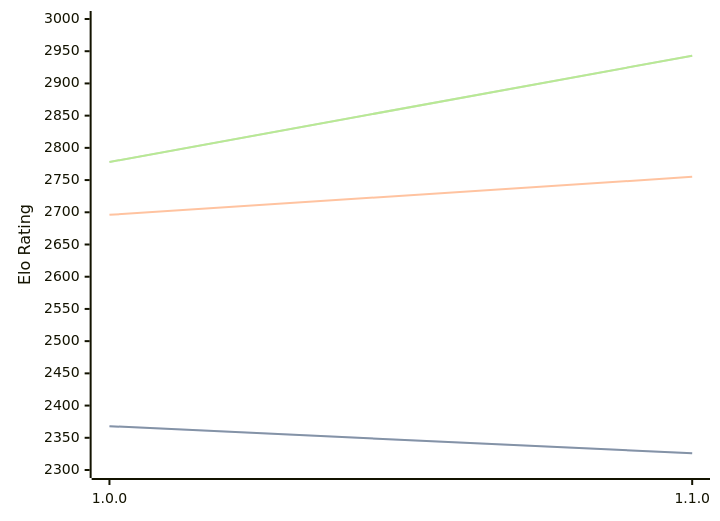
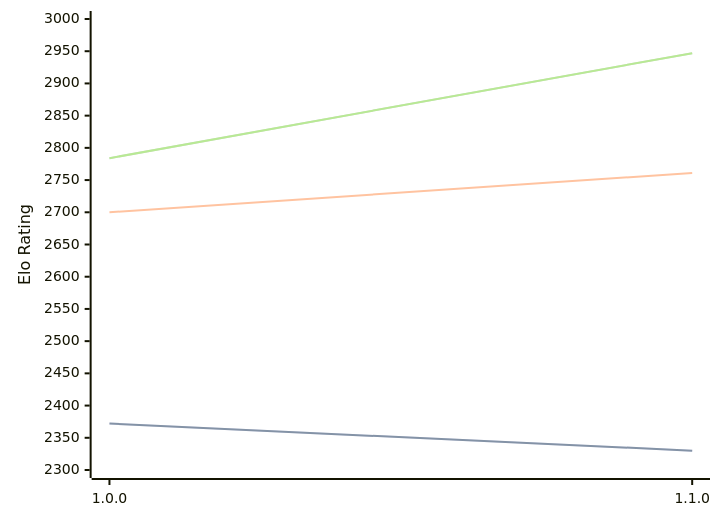
Before and after one commit to computer-chess-index/cci: the diagram in engines/ShallowGuess.md, drawn with Mermaid. The commit also changed other lines of this file, not shown here.

Commit message:
Update CCI Ratings (ELO VLTC) - 2026-04-18

````diff
--- a/engines/ShallowGuess.md
+++ b/engines/ShallowGuess.md
@@ -36,11 +36,11 @@
 ```mermaid
 %%{init: {"theme":"base","themeVariables":{"seriesColors:['#a3a3a3','#222221','#faa371']}}}%%
 xychart-beta
   x-axis ["1.0.0", "1.1.0"]
   y-axis "Elo Rating" 2300 --> 3000
-  line "STC (8.0+0.08s)" [2368, 2326]
-  line "STC (8.0+0.08s)" [2368, 2326]
-  line "LTC (60.0+0.60s)" [2696, 2755]
-  line "VLTC (2m24s+1.12s)" [2778, 2943]
-  line "VLTC (2m24s+1.12s)" [2778, 2943]
+  line "STC (8.0+0.08s)" [2372, 2330]
+  line "STC (8.0+0.08s)" [2372, 2330]
+  line "LTC (60.0+0.60s)" [2700, 2761]
+  line "VLTC (2m24s+1.12s)" [2784, 2947]
+  line "VLTC (2m24s+1.12s)" [2784, 2947]
 ```
````
